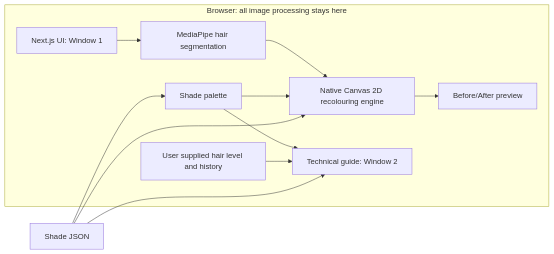
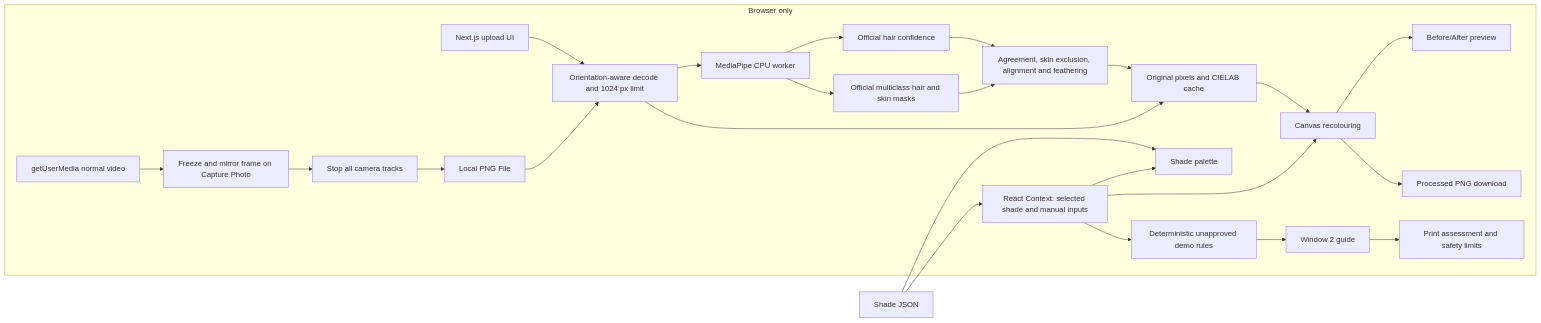
The diagram in albura-ai-demo/docs/ARCHITECTURE.md (syedowaisalishah/Al-Bura-Cosmetics-Demo), drawn with Mermaid before and after one commit. The commit also changed other lines of this file and 67 other files, not shown here.

````diff
--- a/albura-ai-demo/docs/ARCHITECTURE.md
+++ b/albura-ai-demo/docs/ARCHITECTURE.md
@@ -23,14 +18,27 @@
 ```mermaid
 flowchart LR
-  subgraph Browser[Browser: all image processing stays here]
-    UI[Next.js UI: Window 1] --> Seg[MediaPipe hair segmentation]
-    Seg --> Canvas[Native Canvas 2D recolouring engine]
-    Canvas --> Preview[Before/After preview]
-    Palette[Shade palette] --> Canvas
-    Palette --> Guide[Technical guide: Window 2]
-    Level[User supplied hair level and history] --> Guide
+  subgraph Browser[Browser only]
+    Upload[Next.js upload UI] --> Decode[Orientation-aware decode and 1024 px limit]
+    Decode --> Worker[MediaPipe CPU worker]
+    Worker --> Hair[Official hair confidence]
+    Worker --> Guard[Official multiclass hair and skin masks]
+    Hair --> Mask[Agreement, skin exclusion, alignment and feathering]
+    Guard --> Mask
+    Decode --> Cache[Original pixels and CIELAB cache]
+    Mask --> Cache
+    Cache --> Canvas[Canvas recolouring]
+    Canvas --> Compare[Before/After preview]
+    Canvas --> PNG[Processed PNG download]
+    State[React Context: selected shade and manual inputs] --> Palette[Shade palette]
+    State --> Canvas
+    Camera[getUserMedia normal video] --> Capture[Freeze and mirror frame on Capture Photo]
+    Capture --> Stop[Stop all camera tracks]
+    Stop --> File[Local PNG File]
+    File --> Decode
+    State --> Rules[Deterministic unapproved demo rules]
+    Rules --> Guide[Window 2 guide]
+    Guide --> Print[Print assessment and safety limits]
   end
   JSON[Shade JSON] --> Palette
-  JSON --> Canvas
-  JSON --> Guide
+  JSON --> State
 ```
````
